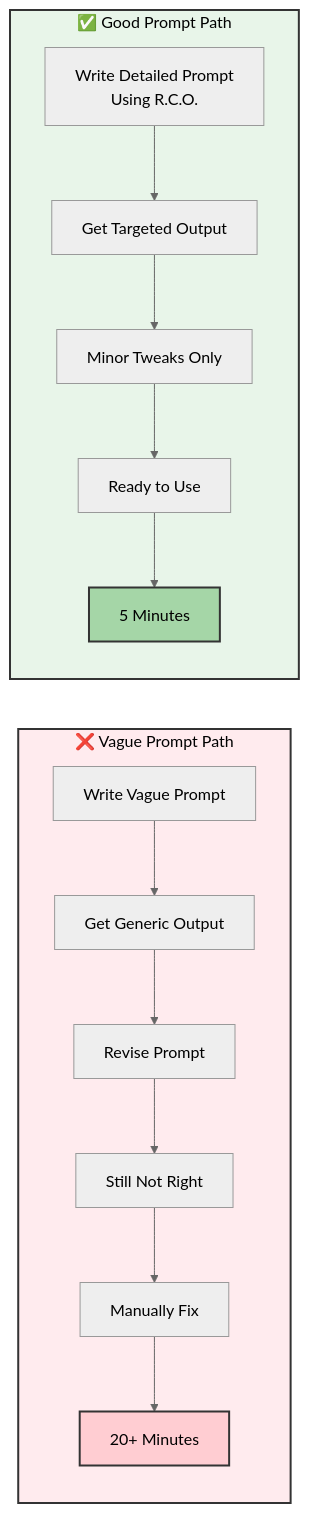
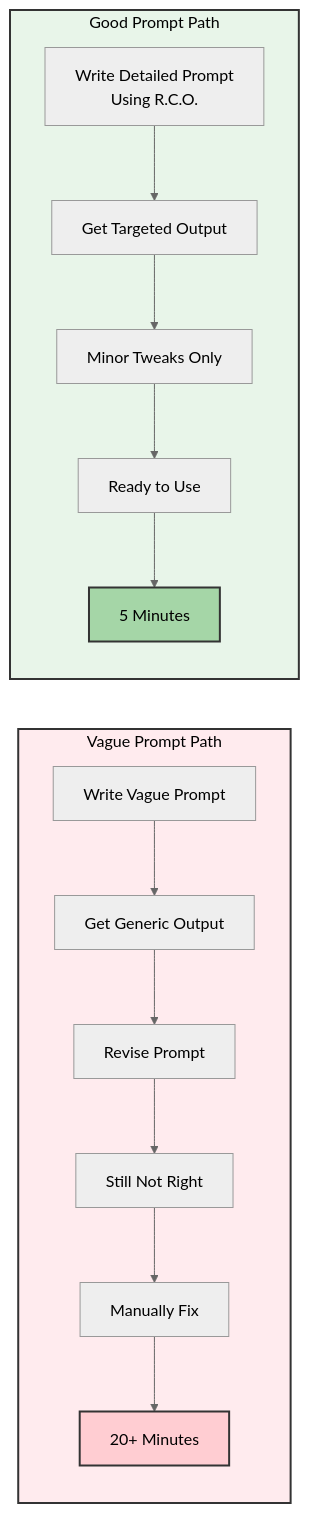
Before and after one commit to seo-jinseok/GitHub-Copilot-Guide: diagram 18 of 18 in docs/admin/en/index.md, drawn with Mermaid (neutral theme). The commit also changed other lines of this file and 7 other files, not shown here.

````diff
--- a/docs/admin/en/index.md
+++ b/docs/admin/en/index.md
@@ -1372,22 +1372,22 @@
 ```mermaid
 graph LR
-    subgraph Bad["❌ Vague Prompt Path"]
+    subgraph Bad["Vague Prompt Path"]
         B1[Write Vague Prompt] --> B2[Get Generic Output]
         B2 --> B3[Revise Prompt]
         B3 --> B4[Still Not Right]
         B4 --> B5[Manually Fix]
         B5 --> B6[20+ Minutes]
     end
     
-    subgraph Good["✅ Good Prompt Path"]
+    subgraph Good["Good Prompt Path"]
         G1[Write Detailed Prompt<br/>Using R.C.O.] --> G2[Get Targeted Output]
         G2 --> G3[Minor Tweaks Only]
         G3 --> G4[Ready to Use]
         G4 --> G5[5 Minutes]
     end
     
     style Bad fill:#ffebee,stroke:#333,stroke-width:2px,color:#000
     style Good fill:#e8f5e9,stroke:#333,stroke-width:2px,color:#000
     style B6 fill:#ffcdd2,stroke:#333,stroke-width:2px,color:#000
     style G5 fill:#a5d6a7,stroke:#333,stroke-width:2px,color:#000
 ```
````
